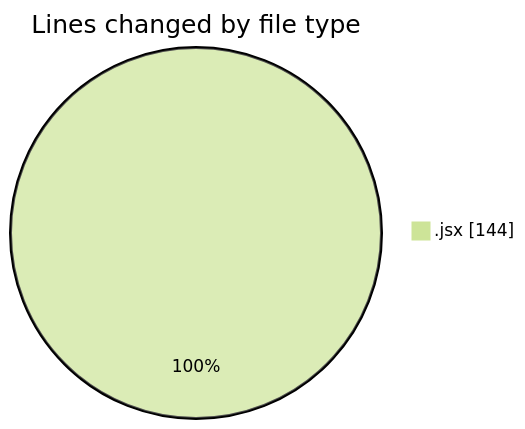
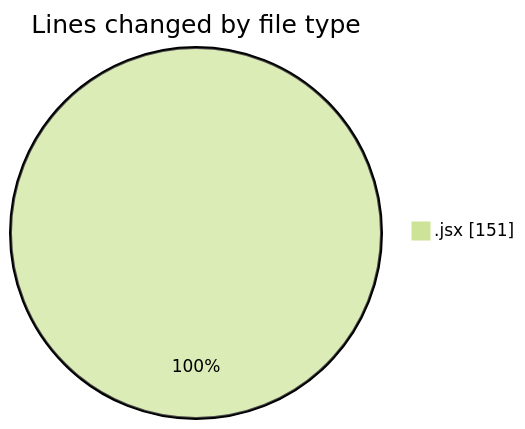
The first of 2 diagrams in 2025-10-09/nxtqube_webapp/README.md (nxtqubesakshisongat/code-tracking), drawn with Mermaid (forest theme) before and after one commit. The commit also changed other lines of this file and 1 other file, not shown here.

````diff
--- a/2025-10-09/nxtqube_webapp/README.md
+++ b/2025-10-09/nxtqube_webapp/README.md
@@ -20,5 +20,5 @@
 ```mermaid
 pie showData
 title Lines changed by file type
-".jsx" : 144
+".jsx" : 151
 ```
````
